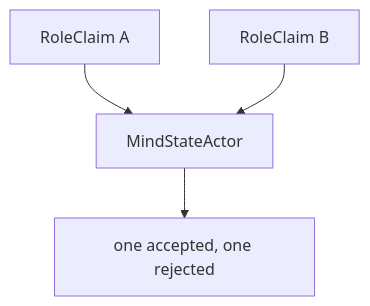
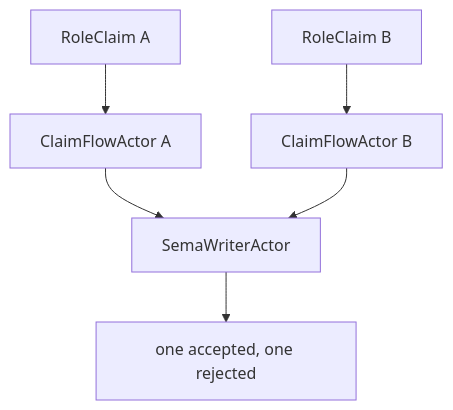
Diagram 22 of 24 in reports/operator/101-persona-mind-full-architecture-proposal.md (LiGoldragon/primary), drawn with Mermaid before and after one commit. The commit also changed other lines of this file, not shown here.

Commit message:
expand persona-mind actor architecture visuals

````diff
--- a/reports/operator/101-persona-mind-full-architecture-proposal.md
+++ b/reports/operator/101-persona-mind-full-architecture-proposal.md
@@ -483,6 +828,8 @@
 ```mermaid
 flowchart TB
-    a["RoleClaim A"] --> actor["MindStateActor"]
-    b["RoleClaim B"] --> actor
-    actor --> result["one accepted, one rejected"]
+    a["RoleClaim A"] --> flow_a["ClaimFlowActor A"]
+    b["RoleClaim B"] --> flow_b["ClaimFlowActor B"]
+    flow_a --> writer["SemaWriterActor"]
+    flow_b --> writer
+    writer --> result["one accepted, one rejected"]
 ```
````
